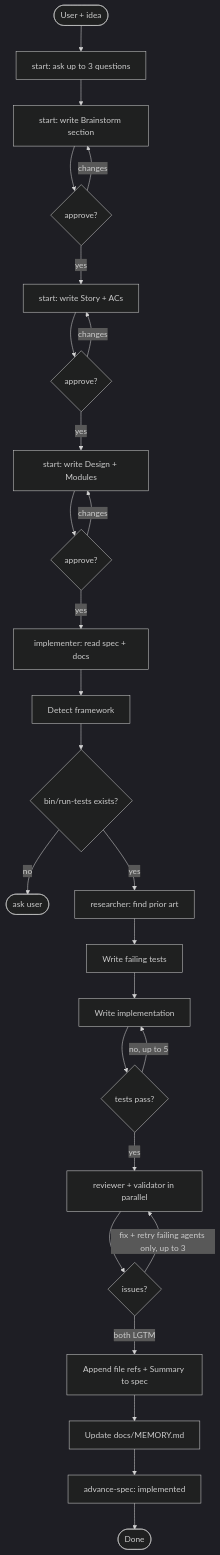
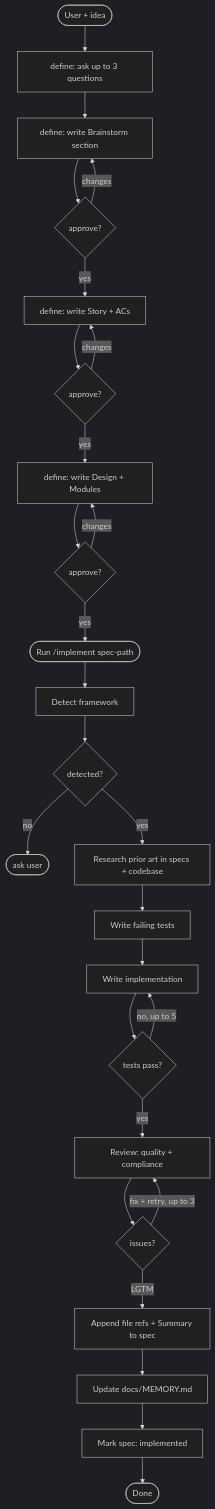
One commit to niconisoria/i-dunno changed the diagram in README.md. Above: the diagram before and after it, drawn with Mermaid (dark theme). The commit also changed other lines of this file and 7 other files, not shown here.

````diff
--- a/README.md
+++ b/README.md
@@ -18,29 +15,29 @@
 ```mermaid
 flowchart TD
-    A([User + idea]) --> B[start: ask up to 3 questions]
-    B --> C[start: write Brainstorm section]
+    A([User + idea]) --> B[define: ask up to 3 questions]
+    B --> C[define: write Brainstorm section]
     C --> D{approve?}
     D -- changes --> C
-    D -- yes --> E[start: write Story + ACs]
+    D -- yes --> E[define: write Story + ACs]
     E --> F{approve?}
     F -- changes --> E
-    F -- yes --> G[start: write Design + Modules]
+    F -- yes --> G[define: write Design + Modules]
     G --> H{approve?}
     H -- changes --> G
-    H -- yes --> I[implementer: read spec + docs]
+    H -- yes --> I([Run /implement spec-path])
     I --> J[Detect framework]
-    J --> K{bin/run-tests exists?}
+    J --> K{detected?}
     K -- no --> L([ask user])
-    K -- yes --> M[researcher: find prior art]
+    K -- yes --> M[Research prior art in specs + codebase]
     M --> N[Write failing tests]
     N --> O[Write implementation]
     O --> P{tests pass?}
     P -- no, up to 5 --> O
-    P -- yes --> Q[reviewer + validator in parallel]
+    P -- yes --> Q[Review: quality + compliance]
     Q --> R{issues?}
-    R -- fix + retry failing agents only, up to 3 --> Q
-    R -- both LGTM --> S[Append file refs + Summary to spec]
+    R -- fix + retry, up to 3 --> Q
+    R -- LGTM --> S[Append file refs + Summary to spec]
     S --> T[Update docs/MEMORY.md]
-    T --> U[advance-spec: implemented]
+    T --> U[Mark spec: implemented]
     U --> V([Done])
 ```
````
